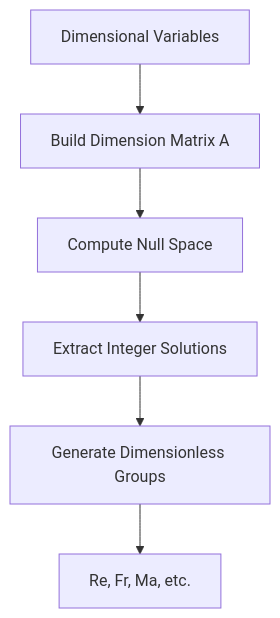
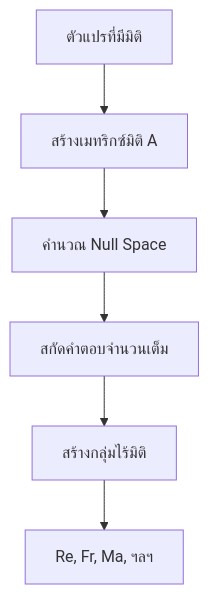
Before and after one commit to wramet/build-my-cfd: the first of 2 diagrams in MODULE_05_OPENFOAM_PROGRAMMING/CONTENT/02_DIMENSIONED_TYPES/07_Mathematical_Formulations.md, drawn with Mermaid. The commit also changed other lines of this file and 104 other files, not shown here.

````diff
--- a/MODULE_05_OPENFOAM_PROGRAMMING/CONTENT/02_DIMENSIONED_TYPES/07_Mathematical_Formulations.md
+++ b/MODULE_05_OPENFOAM_PROGRAMMING/CONTENT/02_DIMENSIONED_TYPES/07_Mathematical_Formulations.md
@@ -21,8 +21,8 @@
 ```mermaid
 graph TD
-    A[Dimensional Variables] --> B[Build Dimension Matrix A]
-    B --> C[Compute Null Space]
-    C --> D[Extract Integer Solutions]
-    D --> E[Generate Dimensionless Groups]
-    E --> F[Re, Fr, Ma, etc.]
+    A[ตัวแปรที่มีมิติ] --> B[สร้างเมทริกซ์มิติ A]
+    B --> C[คำนวณ Null Space]
+    C --> D[สกัดคำตอบจำนวนเต็ม]
+    D --> E[สร้างกลุ่มไร้มิติ]
+    E --> F[Re, Fr, Ma, ฯลฯ]
 ```
````
